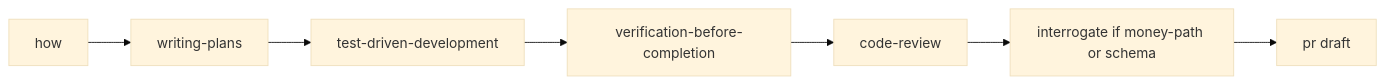
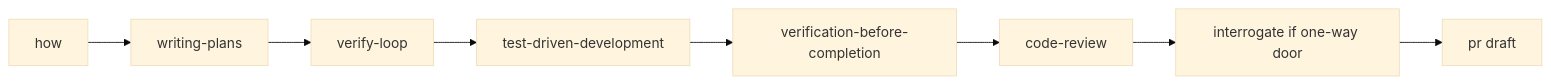
The diagram in README.md (KunanonJ/superstacks), drawn with Mermaid (base theme) before and after one commit. The commit also changed other lines of this file and 55 other files, not shown here.

````diff
--- a/README.md
+++ b/README.md
@@ -40,9 +53,10 @@
 ```mermaid
 flowchart LR
   how --> plans[writing-plans]
-  plans --> tdd[test-driven-development]
+  plans --> vloop[verify-loop]
+  vloop --> tdd[test-driven-development]
   tdd --> verify[verification-before-completion]
   verify --> review[code-review]
-  review --> optional[interrogate if money-path or schema]
+  review --> optional[interrogate if one-way door]
   optional --> pr[pr draft]
 ```
````
